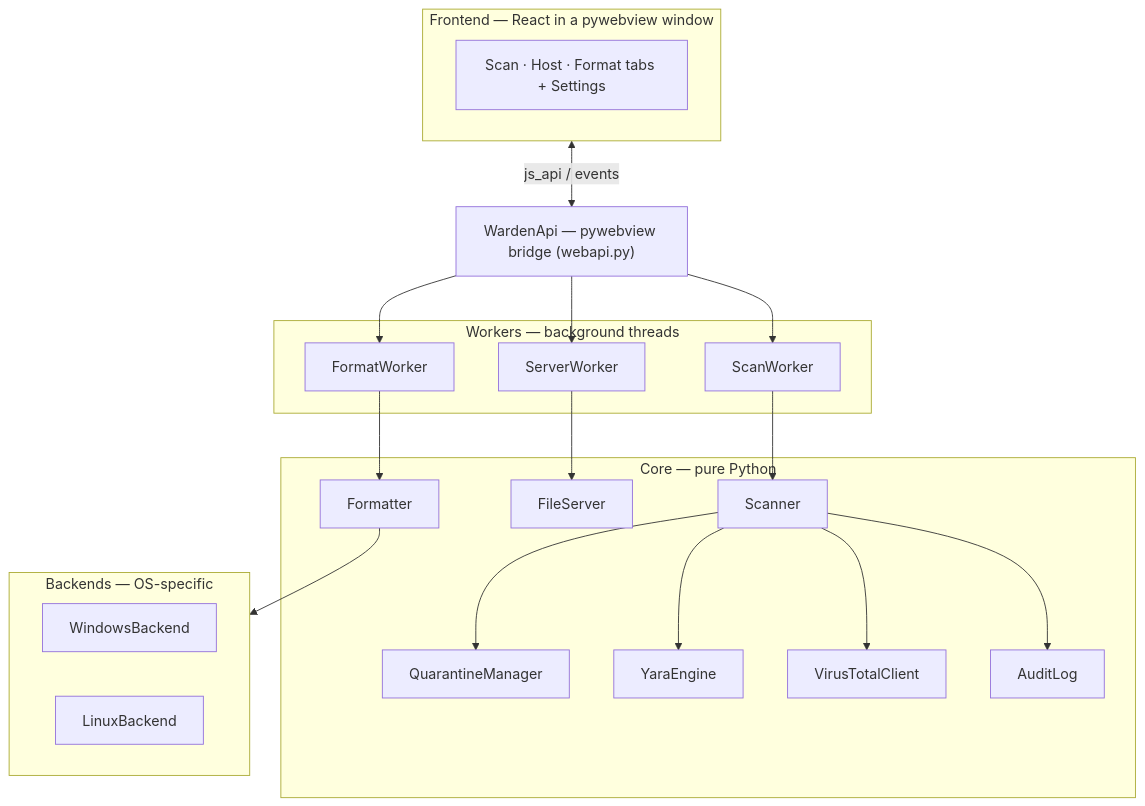
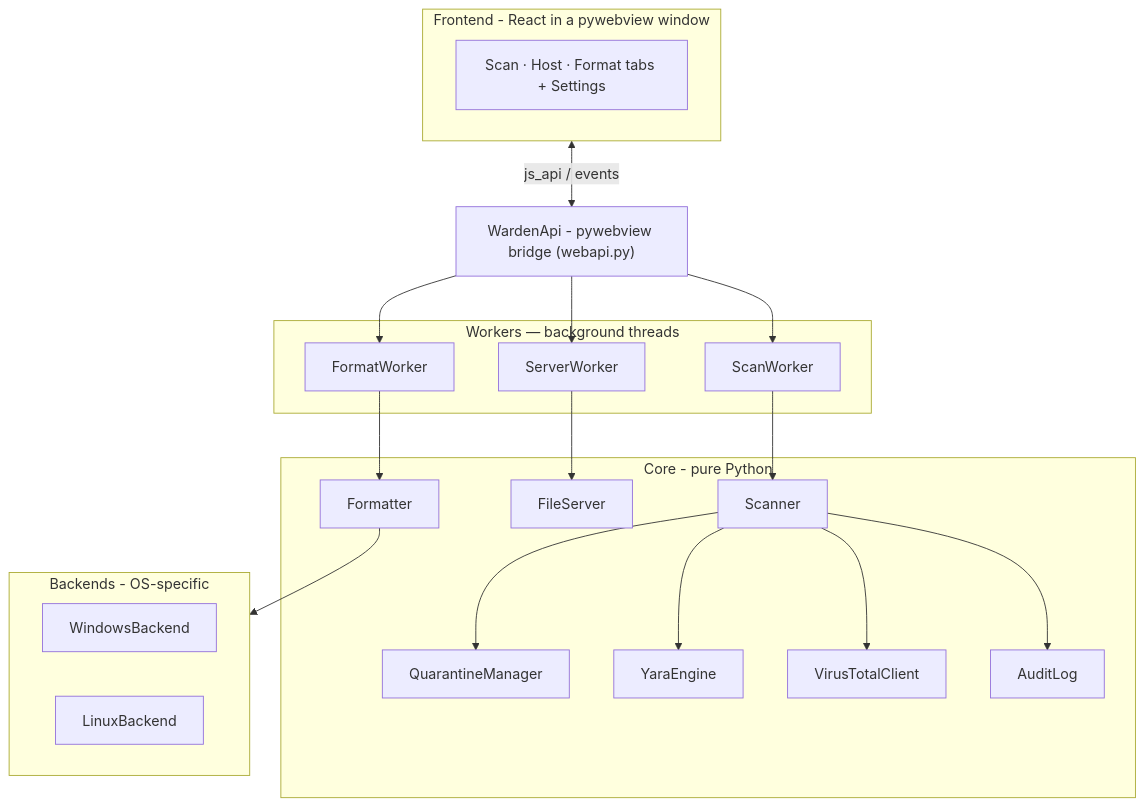
The diagram in README.md (4Redcross/warden-usb), drawn with Mermaid before and after one commit. The commit also changed other lines of this file and 751 other files, not shown here.

````diff
--- a/README.md
+++ b/README.md
@@ -60,33 +59,33 @@
 ```mermaid
 flowchart TD
-    subgraph FE["Frontend — React in a pywebview window"]
+    subgraph FE["Frontend - React in a pywebview window"]
         UI["Scan · Host · Format tabs + Settings"]
     end
-    API["WardenApi — pywebview bridge (webapi.py)"]
+    API["WardenApi - pywebview bridge (webapi.py)"]
     subgraph WK["Workers — background threads"]
         SW["ScanWorker"]
         FW["FormatWorker"]
         SVW["ServerWorker"]
     end
-    subgraph CORE["Core — pure Python"]
+    subgraph CORE["Core - pure Python"]
         SC["Scanner"]
         QM["QuarantineManager"]
         FS["FileServer"]
         FMT["Formatter"]
         YE["YaraEngine"]
         VT["VirusTotalClient"]
         AL["AuditLog"]
     end
-    subgraph BE["Backends — OS-specific"]
+    subgraph BE["Backends - OS-specific"]
         WIN["WindowsBackend"]
         LNX["LinuxBackend"]
     end
 
     FE <-->|"js_api / events"| API
     API --> SW & FW & SVW
     SW --> SC
     FW --> FMT
     SVW --> FS
     SC --> YE & VT & QM & AL
     FMT --> BE
 ```
````
